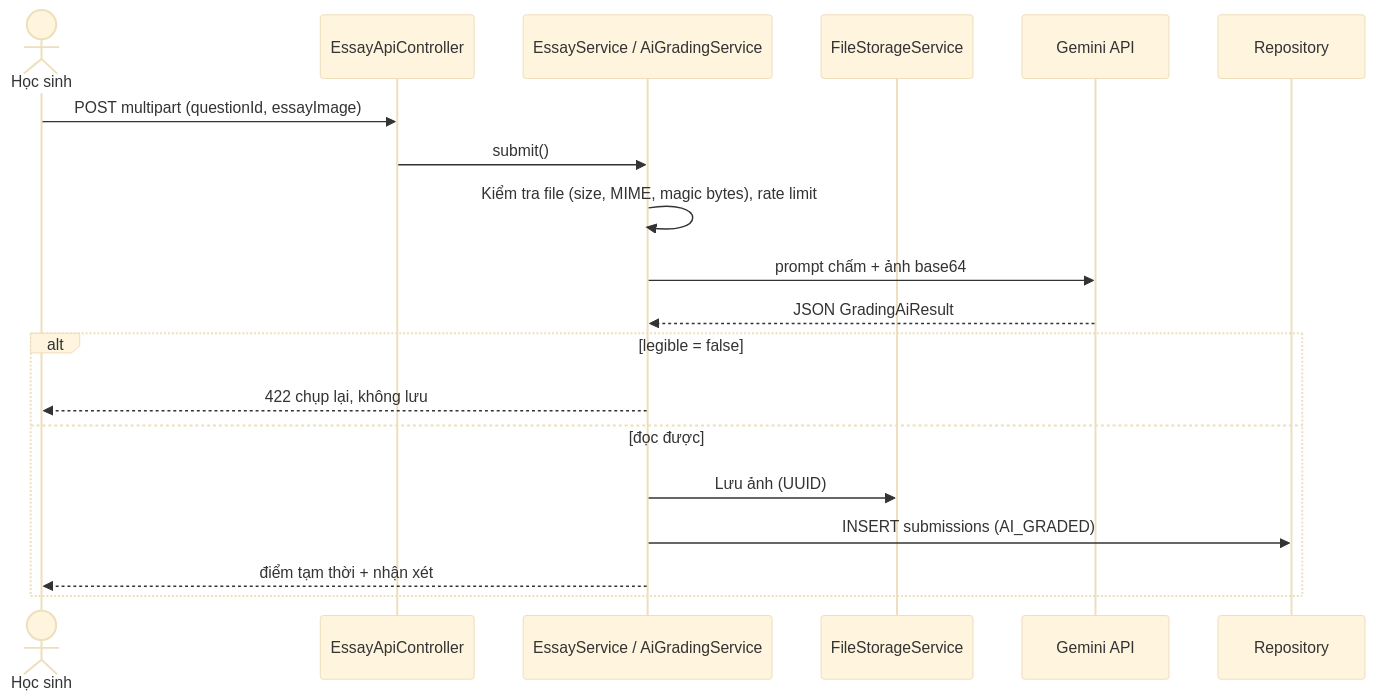
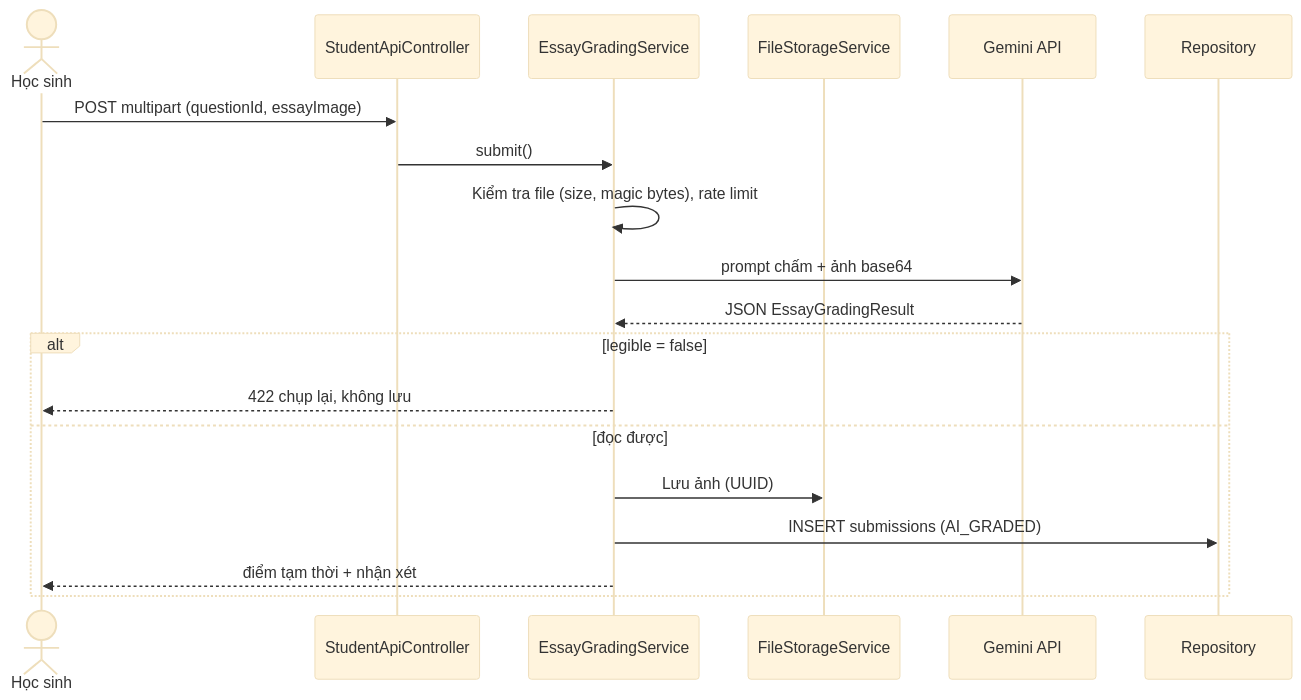
One commit to Penguinz29/PRJ_final_project_v1 changed the third of 3 diagrams in document/FRS.md. Above: the diagram before and after it, drawn with Mermaid (base theme). The commit also changed other lines of this file and 4 other files, not shown here.

````diff
--- a/document/FRS.md
+++ b/document/FRS.md
@@ -1082,21 +1105,21 @@
 ```mermaid
 sequenceDiagram
     actor HS as Học sinh
-    participant C as EssayApiController
-    participant S as EssayService / AiGradingService
+    participant C as StudentApiController
+    participant S as EssayGradingService
     participant F as FileStorageService
     participant AI as Gemini API
     participant R as Repository
     HS->>C: POST multipart (questionId, essayImage)
     C->>S: submit()
-    S->>S: Kiểm tra file (size, MIME, magic bytes), rate limit
+    S->>S: Kiểm tra file (size, magic bytes), rate limit
     S->>AI: prompt chấm + ảnh base64
-    AI-->>S: JSON GradingAiResult
+    AI-->>S: JSON EssayGradingResult
     alt legible = false
         S-->>HS: 422 chụp lại, không lưu
     else đọc được
         S->>F: Lưu ảnh (UUID)
         S->>R: INSERT submissions (AI_GRADED)
         S-->>HS: điểm tạm thời + nhận xét
     end
 ```
````
